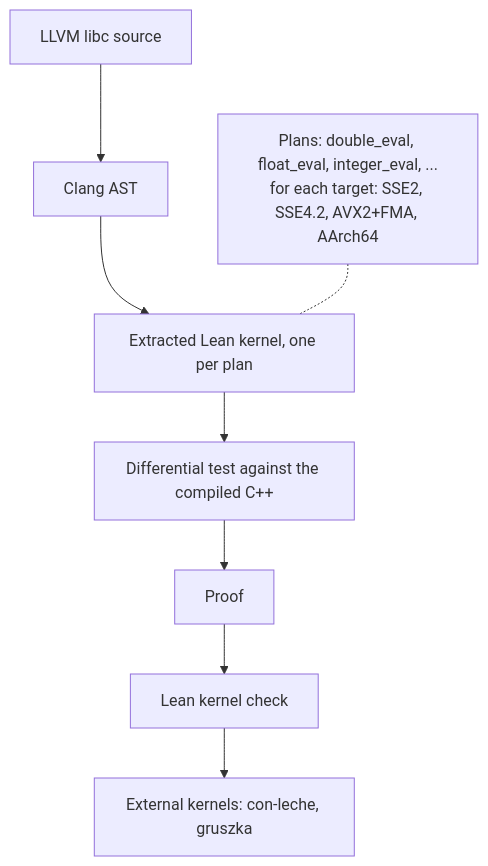
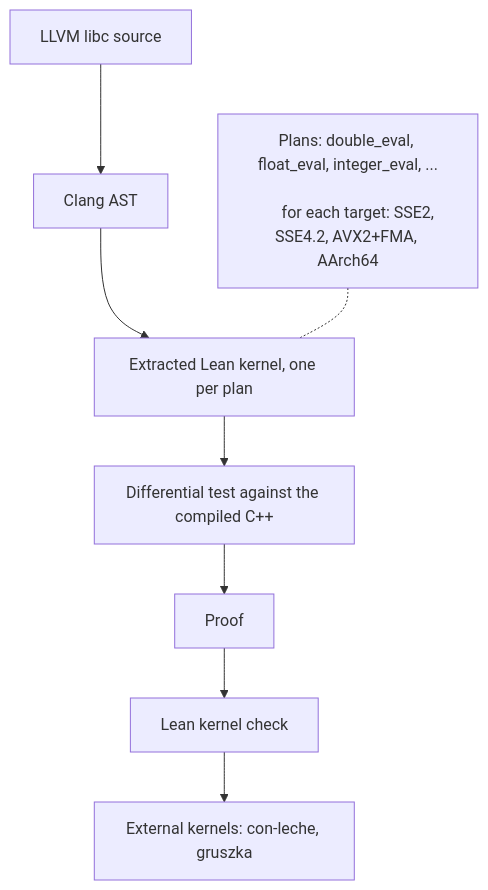
The first of 2 diagrams in README.md (SchrodingerZhu/VerifiedLibc), drawn with Mermaid before and after one commit. The commit also changed other lines of this file and 8 other files, not shown here.

````diff
--- a/README.md
+++ b/README.md
@@ -10,9 +10,10 @@
 ```mermaid
 flowchart TD
     src["LLVM libc source"] --> ast["Clang AST"] --> kernel["Extracted Lean kernel, one per plan"]
-    plans["Plans: double_eval, float_eval, integer_eval, ...<br/>for each target: SSE2, SSE4.2, AVX2+FMA, AArch64"] -.- kernel
+    plans["Plans: double_eval, float_eval, integer_eval, ...<br/>
+      for each target: SSE2, SSE4.2, AVX2+FMA, AArch64"] -.- kernel
     kernel --> diff["Differential test against the compiled C++"]
     diff --> proof["Proof"]
     proof --> lean["Lean kernel check"]
     lean --> ext["External kernels: con-leche, gruszka"]
 ```
````
